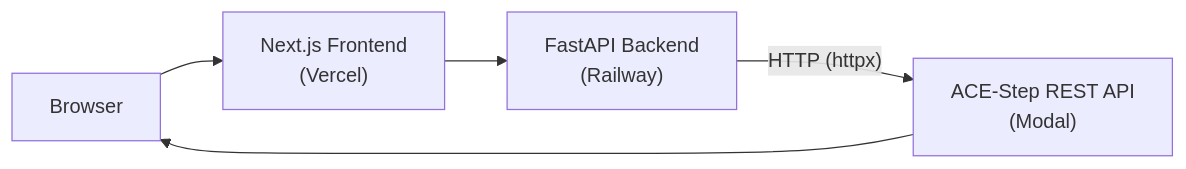
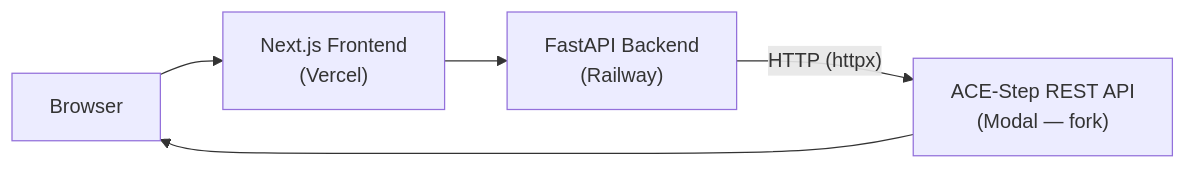
One commit to dwest1507/ai-music-gen changed the diagram in README.md. Above: the diagram before and after it, drawn with Mermaid. The commit also changed other lines of this file and 8 other files, not shown here.

````diff
--- a/README.md
+++ b/README.md
@@ -9,7 +27,7 @@
 ```mermaid
 flowchart LR
-    Browser --> NextJS["Next.js Frontend<br/>(Vercel)"]
-    NextJS --> FastAPI["FastAPI Backend<br/>(Railway)"]
-    FastAPI -- "HTTP (httpx)" --> ACEStepAPI["ACE-Step REST API<br/>(Modal)"]
+    Browser --> NextJS["Next.js Frontend\n(Vercel)"]
+    NextJS --> FastAPI["FastAPI Backend\n(Railway)"]
+    FastAPI -- "HTTP (httpx)" --> ACEStepAPI["ACE-Step REST API\n(Modal — fork)"]
     ACEStepAPI --> Browser
 ```
````
